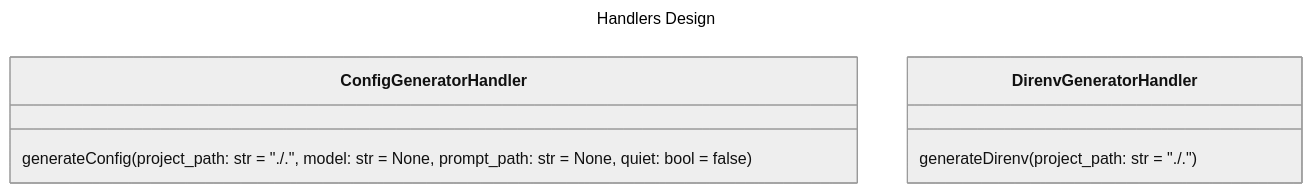
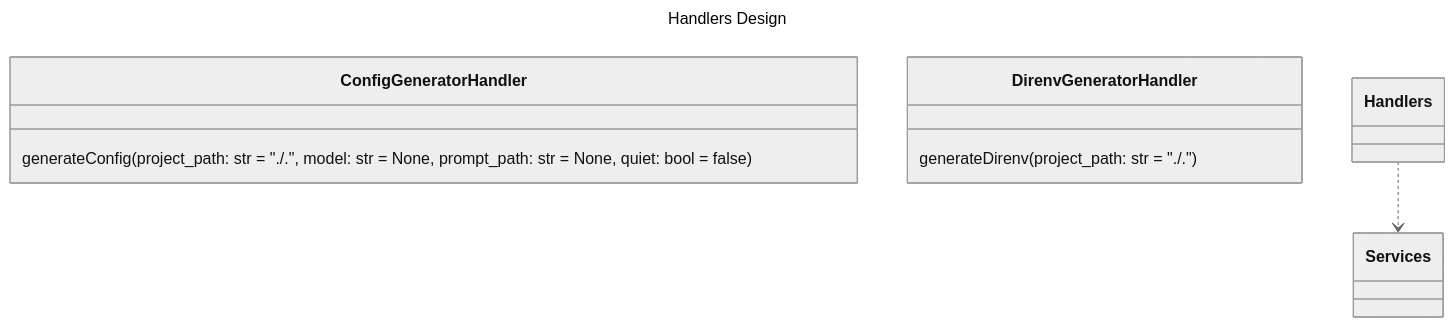
One commit to Oldranda1414/AutoDev changed the third of 6 diagrams in docs/detailed-design.md. Above: the diagram before and after it, drawn with Mermaid (neutral theme). The commit also changed other lines of this file and 1 other file, not shown here.

````diff
--- a/docs/detailed-design.md
+++ b/docs/detailed-design.md
@@ -32,13 +61,15 @@
 ```mermaid
 ---
 title: Handlers Design
 ---
 classDiagram
     class ConfigGeneratorHandler {
         generateConfig(project_path: str = "./.", model: str = None, prompt_path: str = None, quiet: bool = false)
     }
 
     class DirenvGeneratorHandler {
         generateDirenv(project_path: str = "./.")
     }
+
+    Handlers ..> Services
 ```
````
